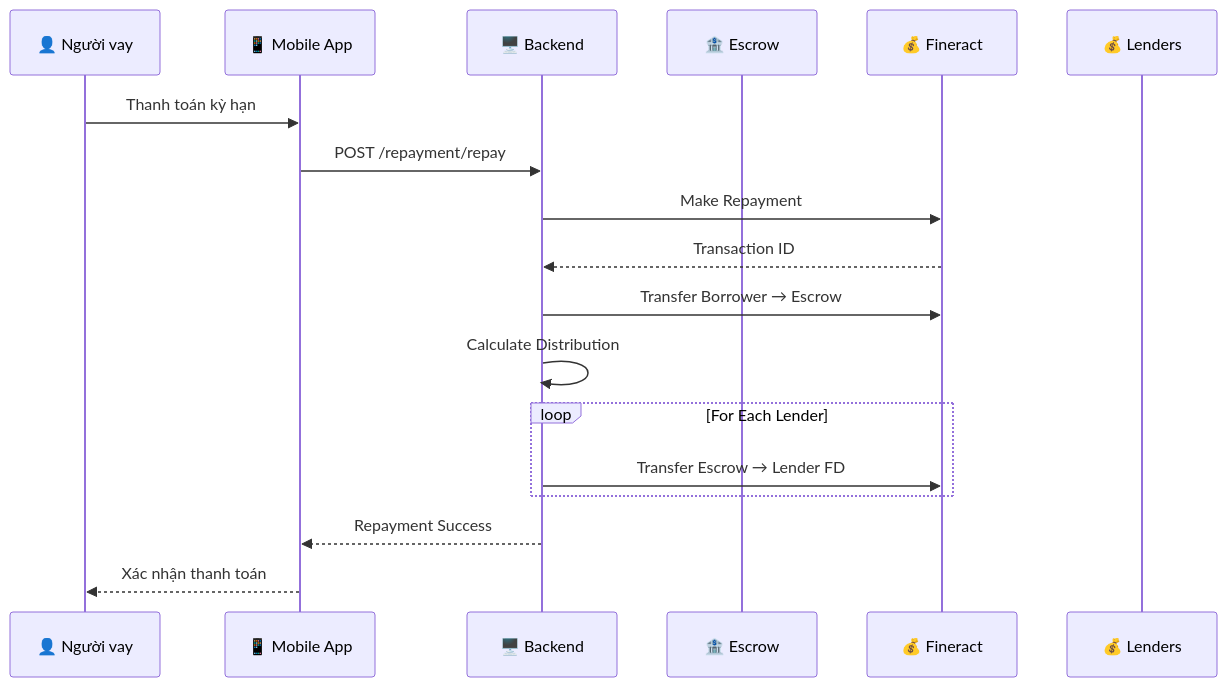
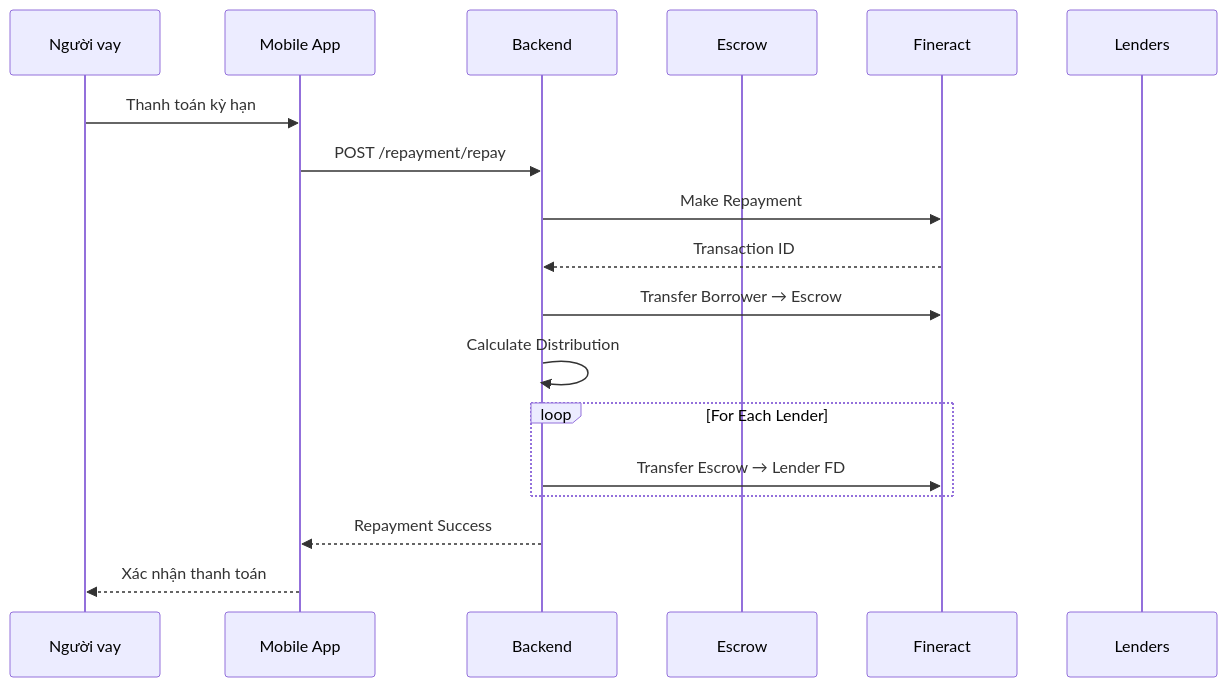
One commit to TruonggGiangg/p2p-do-an changed the first of 2 diagrams in docs/docs/features/repayment.md. Above: the diagram before and after it, drawn with Mermaid. The commit also changed other lines of this file and 8 other files, not shown here.

````diff
--- a/docs/docs/features/repayment.md
+++ b/docs/docs/features/repayment.md
@@ -12,23 +12,23 @@
 ```mermaid
 sequenceDiagram
-    participant Borrower as 👤 Người vay
-    participant App as 📱 Mobile App
-    participant API as 🖥️ Backend
-    participant Escrow as 🏦 Escrow
-    participant Fineract as 💰 Fineract
-    participant Lender as 💰 Lenders
+    participant Borrower as Người vay
+    participant App as Mobile App
+    participant API as Backend
+    participant Escrow as Escrow
+    participant Fineract as Fineract
+    participant Lender as Lenders
 
     Borrower->>App: Thanh toán kỳ hạn
     App->>API: POST /repayment/repay
     API->>Fineract: Make Repayment
     Fineract-->>API: Transaction ID
     API->>Fineract: Transfer Borrower → Escrow
     API->>API: Calculate Distribution
     
     loop For Each Lender
         API->>Fineract: Transfer Escrow → Lender FD
     end
     
     API-->>App: Repayment Success
     App-->>Borrower: Xác nhận thanh toán
 ```
````
